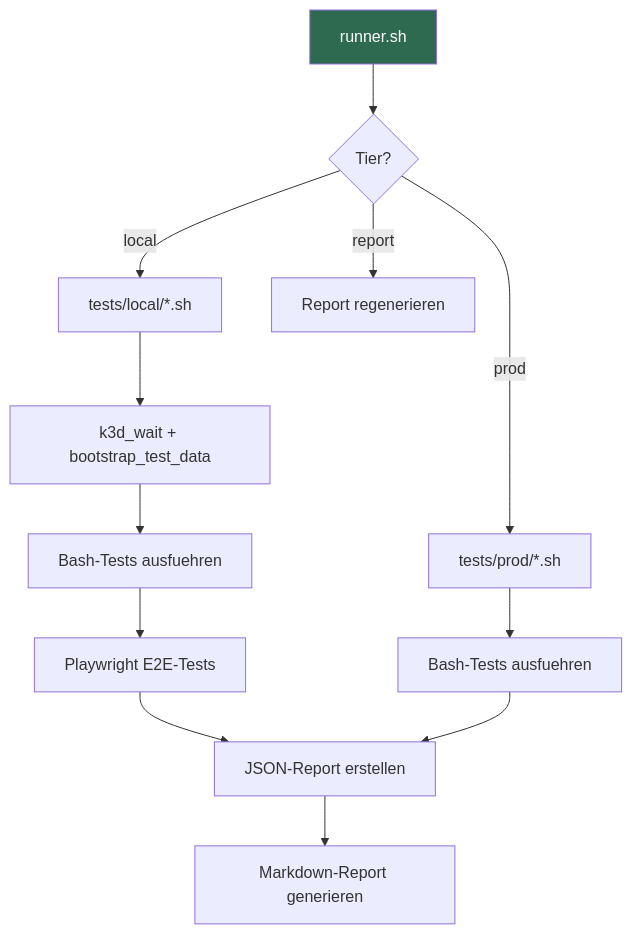
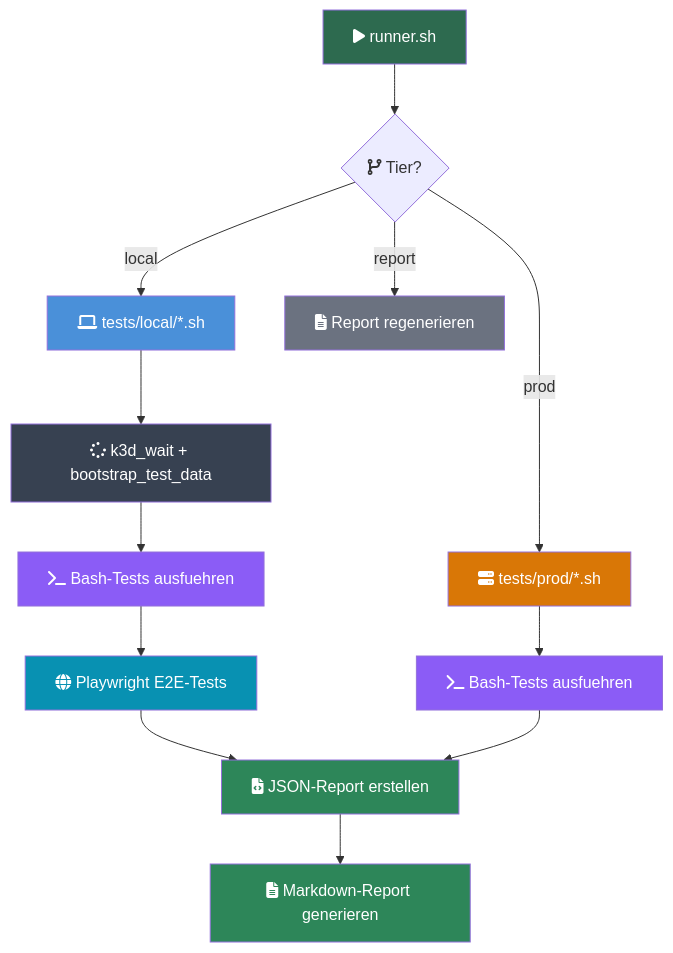
The diagram in docs/tests.md (Paddione/Bachelorprojekt), drawn with Mermaid before and after one commit. The commit also changed 6 other files, not shown here.

First line of the commit message:
docs: Dokumentation ins Deutsche übersetzen und Mermaid-Diagramme visuell aufwerten

````diff
--- a/docs/tests.md
+++ b/docs/tests.md
@@ -7,18 +7,27 @@
 ```mermaid
 flowchart TB
-    R[runner.sh] --> P{Tier?}
-    P -->|local| L[tests/local/*.sh]
-    P -->|prod| PR[tests/prod/*.sh]
-    P -->|report| REP[Report regenerieren]
+    R["fa:fa-play runner.sh"] --> P{"fa:fa-code-branch Tier?"}
+    P -->|local| L["fa:fa-laptop tests/local/*.sh"]
+    P -->|prod| PR["fa:fa-server tests/prod/*.sh"]
+    P -->|report| REP["fa:fa-file-lines Report regenerieren"]
 
-    L --> BOOT[k3d_wait + bootstrap_test_data]
-    BOOT --> BASH[Bash-Tests ausfuehren]
-    BASH --> PW[Playwright E2E-Tests]
-    PW --> JSON[JSON-Report erstellen]
-    JSON --> MD[Markdown-Report generieren]
+    L --> BOOT["fa:fa-spinner k3d_wait + bootstrap_test_data"]
+    BOOT --> BASH["fa:fa-terminal Bash-Tests ausfuehren"]
+    BASH --> PW["fa:fa-globe Playwright E2E-Tests"]
+    PW --> JSON["fa:fa-file-code JSON-Report erstellen"]
+    JSON --> MD["fa:fa-file-lines Markdown-Report generieren"]
 
-    PR --> PBASH[Bash-Tests ausfuehren]
+    PR --> PBASH["fa:fa-terminal Bash-Tests ausfuehren"]
     PBASH --> JSON
 
     style R fill:#2d6a4f,color:#fff
+    style L fill:#4a90d9,color:#fff
+    style PR fill:#d97706,color:#fff
+    style REP fill:#6b7280,color:#fff
+    style BOOT fill:#374151,color:#fff
+    style BASH fill:#8b5cf6,color:#fff
+    style PBASH fill:#8b5cf6,color:#fff
+    style PW fill:#0891b2,color:#fff
+    style JSON fill:#2d8659,color:#fff
+    style MD fill:#2d8659,color:#fff
 ```
````
